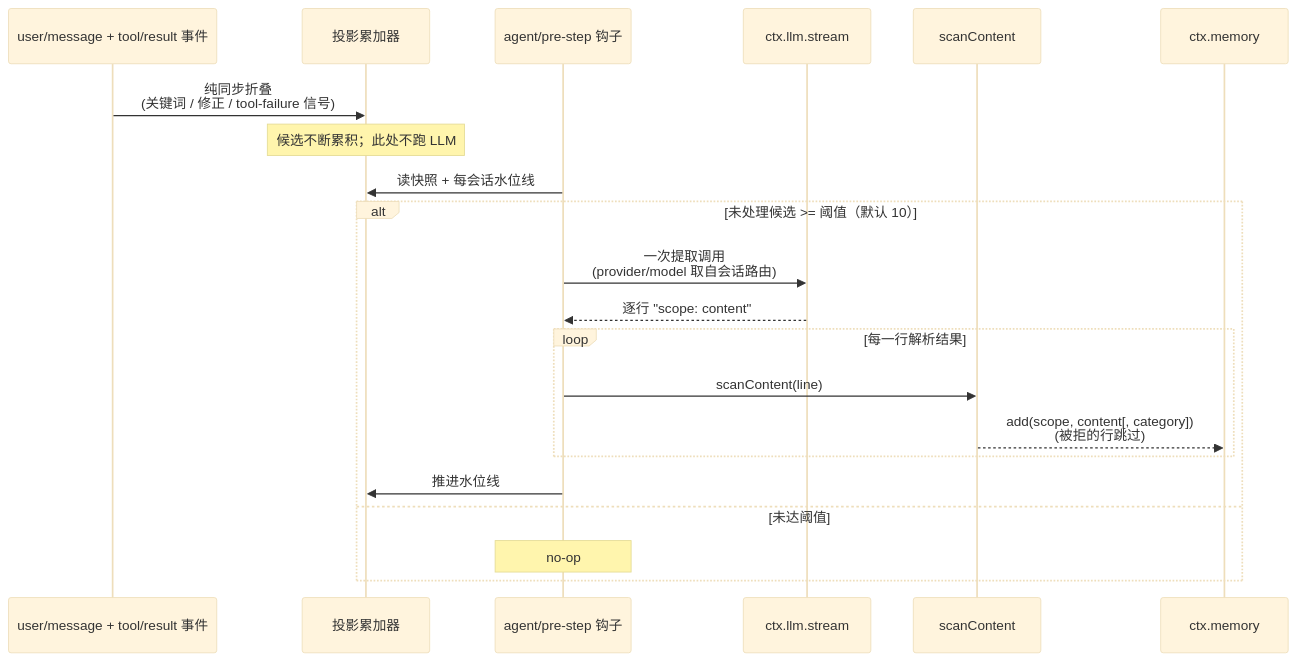
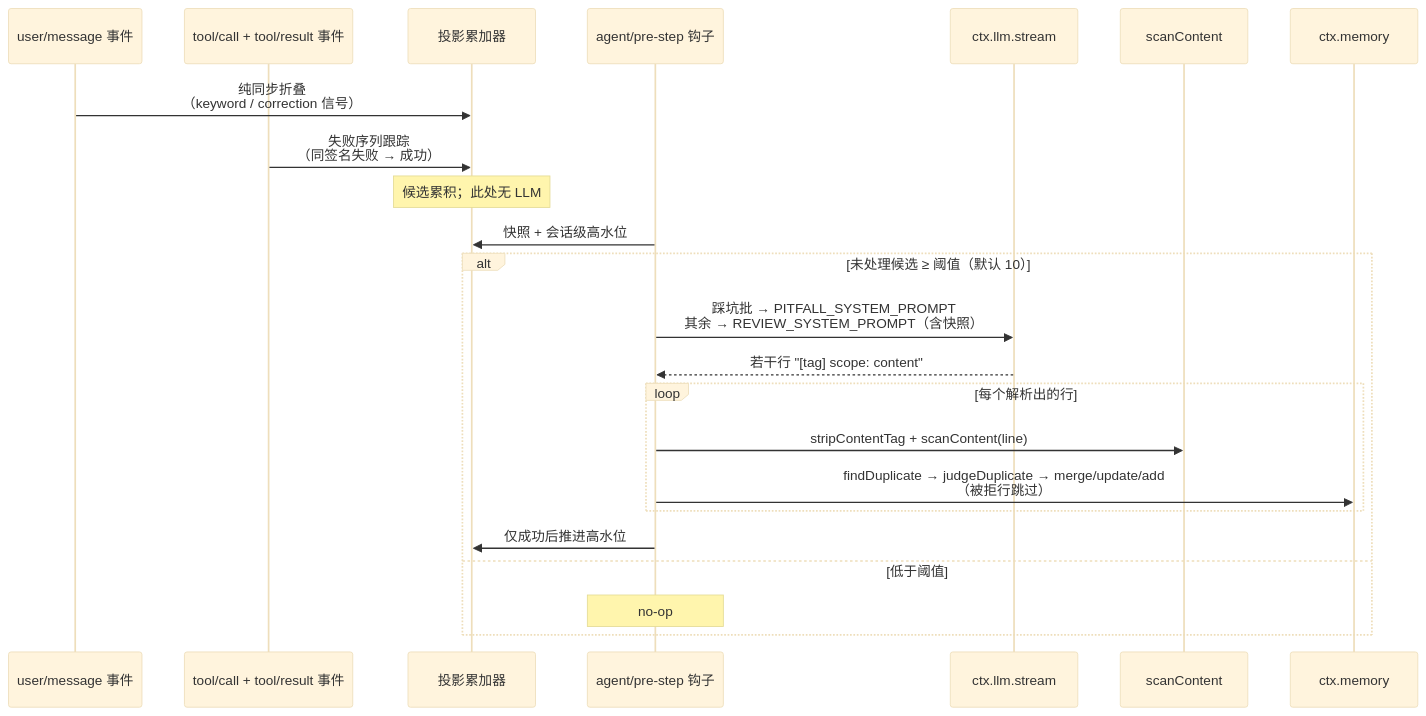
One commit to chenhw7/dsh-memory changed the third of 3 diagrams in docs/TECH_DESIGN.zh-CN.md. Above: the diagram before and after it, drawn with Mermaid (base theme). The commit also changed other lines of this file and 5 other files, not shown here.

First line of the commit message:
docs: sync README / TECH_DESIGN / SEQUENCE_DIAGRAMS with the v0.3.0 implementation

````diff
--- a/docs/TECH_DESIGN.zh-CN.md
+++ b/docs/TECH_DESIGN.zh-CN.md
@@ -152,24 +159,26 @@
 ```mermaid
 sequenceDiagram
-  participant U as user/message + tool/result 事件
+  participant U as user/message 事件
+  participant TL as tool/call + tool/result 事件
   participant ACC as 投影累加器
   participant STEP as agent/pre-step 钩子
   participant LLM as ctx.llm.stream
   participant SCAN as scanContent
   participant STORE as ctx.memory
 
-  U->>ACC: 纯同步折叠<br/>(关键词 / 修正 / tool-failure 信号)
-  Note over ACC: 候选不断累积；此处不跑 LLM
-  STEP->>ACC: 读快照 + 每会话水位线
-  alt 未处理候选 >= 阈值（默认 10）
-    STEP->>LLM: 一次提取调用<br/>(provider/model 取自会话路由)
-    LLM-->>STEP: 逐行 "scope: content"
-    loop 每一行解析结果
-      STEP->>SCAN: scanContent(line)
-      SCAN-->>STORE: add(scope, content[, category])<br/>(被拒的行跳过)
+  U->>ACC: 纯同步折叠<br/>（keyword / correction 信号）
+  TL->>ACC: 失败序列跟踪<br/>（同签名失败 → 成功）
+  Note over ACC: 候选累积；此处无 LLM
+  STEP->>ACC: 快照 + 会话级高水位
+  alt 未处理候选 ≥ 阈值（默认 10）
+    STEP->>LLM: 踩坑批 → PITFALL_SYSTEM_PROMPT<br/>其余 → REVIEW_SYSTEM_PROMPT（含快照）
+    LLM-->>STEP: 若干行 "[tag] scope: content"
+    loop 每个解析出的行
+      STEP->>SCAN: stripContentTag + scanContent(line)
+      STEP->>STORE: findDuplicate → judgeDuplicate → merge/update/add<br/>（被拒行跳过）
     end
-    STEP->>ACC: 推进水位线
-  else 未达阈值
+    STEP->>ACC: 仅成功后推进高水位
+  else 低于阈值
     Note over STEP: no-op
   end
 ```
````
